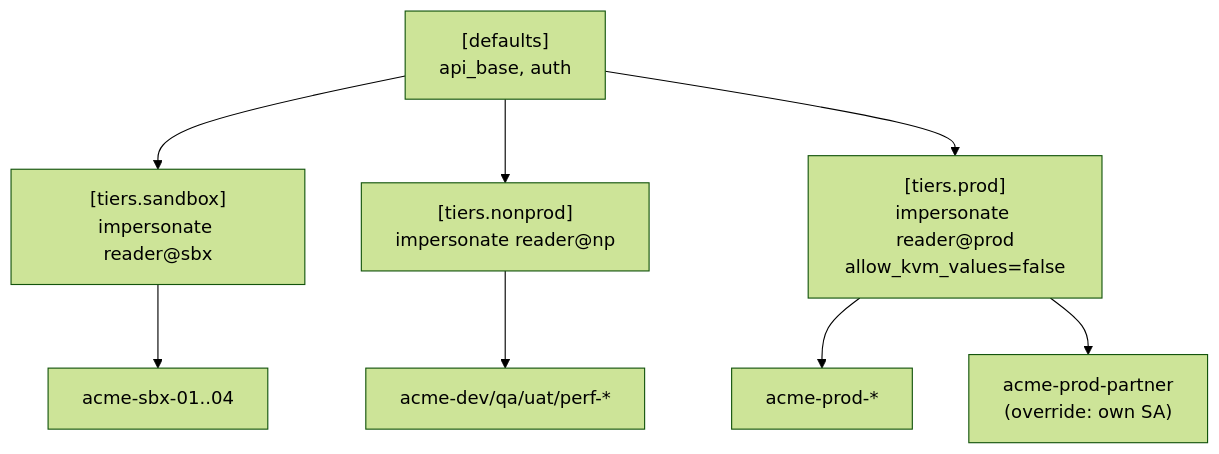
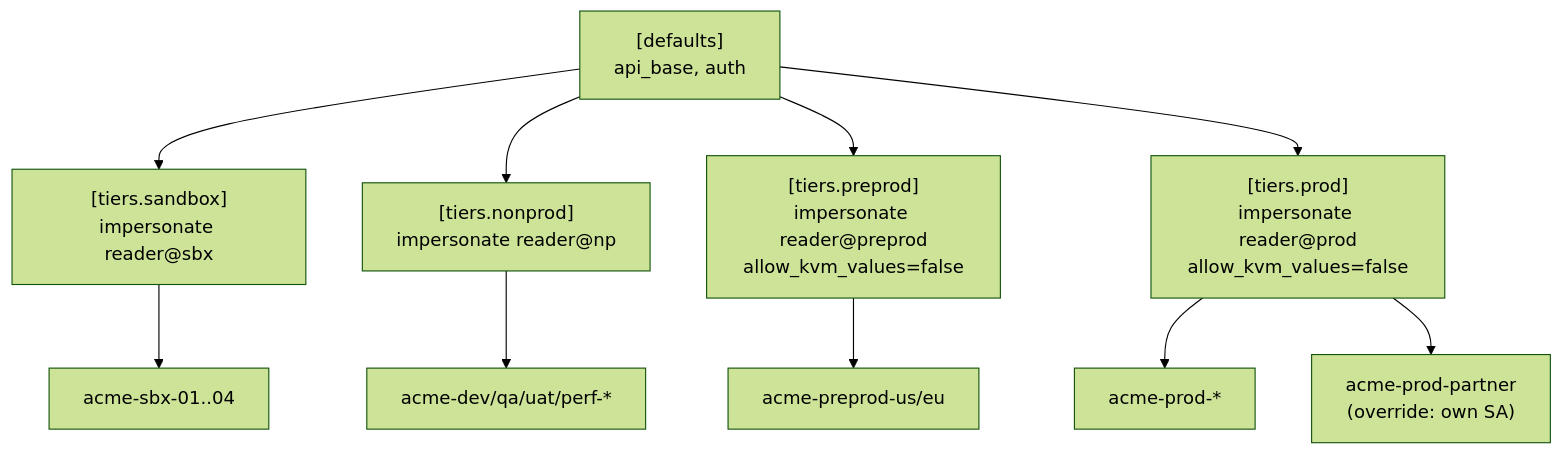
One commit to mintrin/apigee-hybrid-readonly-mcp changed the third of 4 diagrams in docs/design.md. Above: the diagram before and after it, drawn with Mermaid (forest theme). The commit also changed other lines of this file and 8 other files, not shown here.

First line of the commit message:
Add preprod tier; report tiers in promotion order

````diff
--- a/docs/design.md
+++ b/docs/design.md
@@ -113,10 +114,12 @@
 ```mermaid
 flowchart TB
     D["[defaults]<br/>api_base, auth"] --> TS["[tiers.sandbox]<br/>impersonate reader@sbx"]
     D --> TN["[tiers.nonprod]<br/>impersonate reader@np"]
+    D --> TPP["[tiers.preprod]<br/>impersonate reader@preprod<br/>allow_kvm_values=false"]
     D --> TP["[tiers.prod]<br/>impersonate reader@prod<br/>allow_kvm_values=false"]
     TS --> O1[acme-sbx-01..04]
     TN --> O2[acme-dev/qa/uat/perf-*]
+    TPP --> O5[acme-preprod-us/eu]
     TP --> O3[acme-prod-*]
     TP --> O4["acme-prod-partner<br/>(override: own SA)"]
 ```
````
